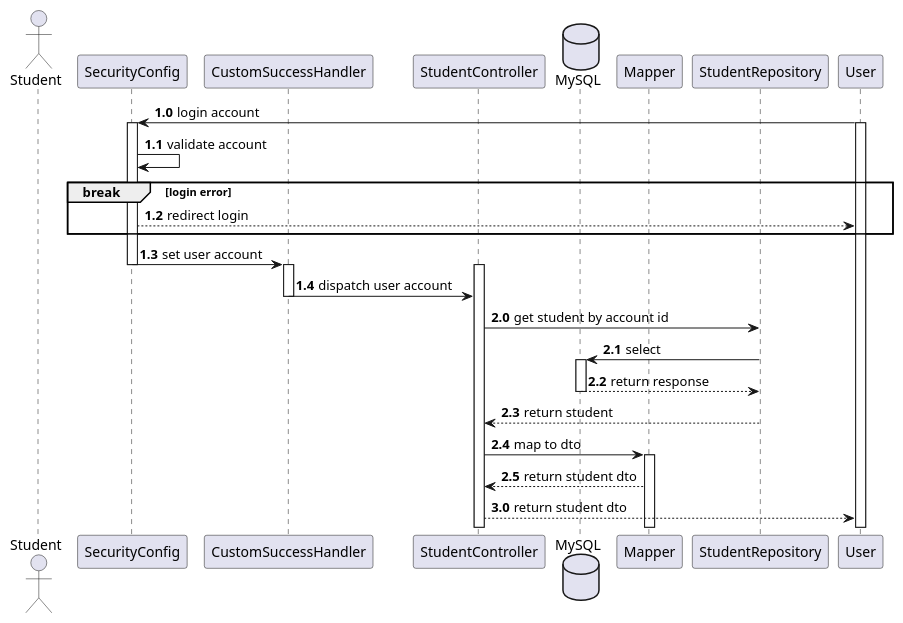
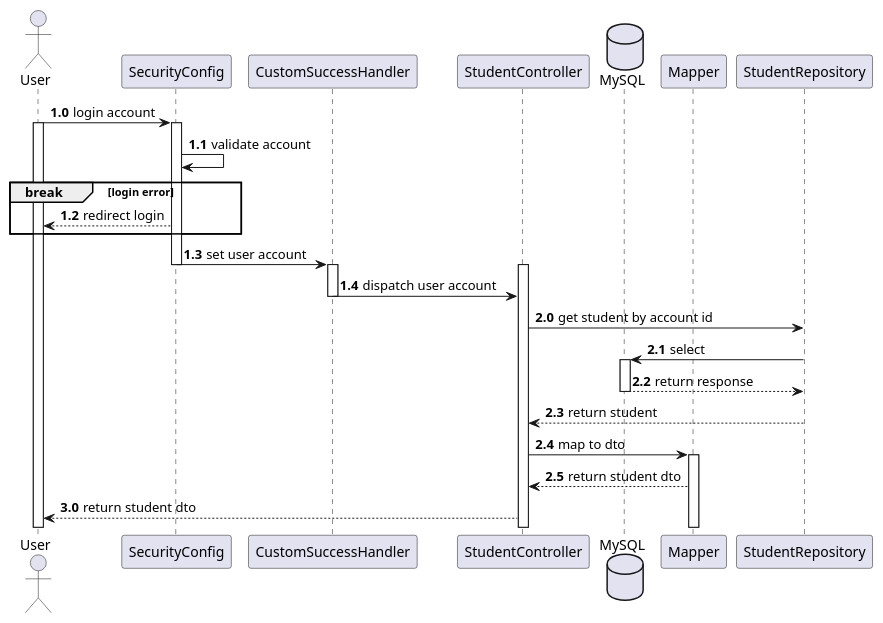
The diagram in uml/getStudentInformation.puml (kientthe163256/student-management-fa22), drawn with PlantUML before and after one commit. The commit also changed 1 other file, not shown here.

```diff
--- a/uml/getStudentInformation.puml
+++ b/uml/getStudentInformation.puml
@@ -1,46 +1,46 @@
 @startuml
 ' List all participant to guarantee the order
-Actor Student
+Actor User
 participant SecurityConfig
 participant CustomSuccessHandler
 participant StudentController
 database MySQL
 participant Mapper
 participant StudentRepository
 autonumber 1.0
 User -> SecurityConfig: login account
 
 activate User
 activate SecurityConfig
 autonumber 1.1
 SecurityConfig -> SecurityConfig: validate account
 break login error
 SecurityConfig --> User: redirect login
 end
 
 SecurityConfig -> CustomSuccessHandler: set user account
 deactivate SecurityConfig
 
 activate StudentController
 activate CustomSuccessHandler
 
 CustomSuccessHandler -> StudentController: dispatch user account
 deactivate CustomSuccessHandler
 
 autonumber 2.0
 StudentController -> StudentRepository: get student by account id
 StudentRepository -> MySQL: select
 activate MySQL
 
 MySQL --> StudentRepository: return response
 deactivate MySQL
 StudentRepository --> StudentController: return student
 StudentController -> Mapper: map to dto
 activate Mapper
 
 Mapper --> StudentController: return student dto
 
 autonumber 3.0
 StudentController --> User: return student dto
 
 @enduml
```
